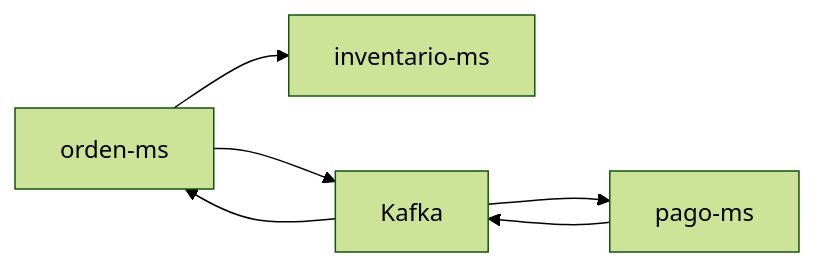
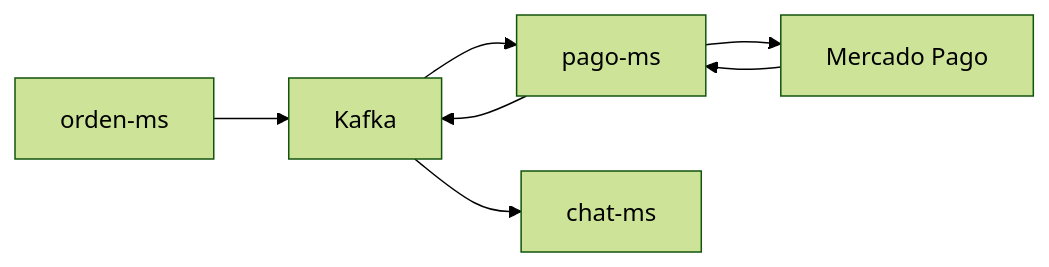
One commit to erickmijael17/SmartCampus-Marketplace changed the second of 2 diagrams in docs/sesiones/s09-consistencia-distribuida.md. Above: the diagram before and after it, drawn with Mermaid (forest theme). The commit also changed other lines of this file and 23 other files, not shown here.

Commit message:
docs: update frontend and payment flows

````diff
--- a/docs/sesiones/s09-consistencia-distribuida.md
+++ b/docs/sesiones/s09-consistencia-distribuida.md
@@ -57,12 +59,14 @@
 ```mermaid
 flowchart LR
     ORD["orden-ms"]
-    INV["inventario-ms"]
     PAY["pago-ms"]
+    MP["Mercado Pago"]
+    CHAT["chat-ms"]
     K["Kafka"]
-    ORD --> INV
     ORD --> K
     K --> PAY
+    PAY --> MP
+    MP --> PAY
     PAY --> K
-    K --> ORD
+    K --> CHAT
 ```
````
